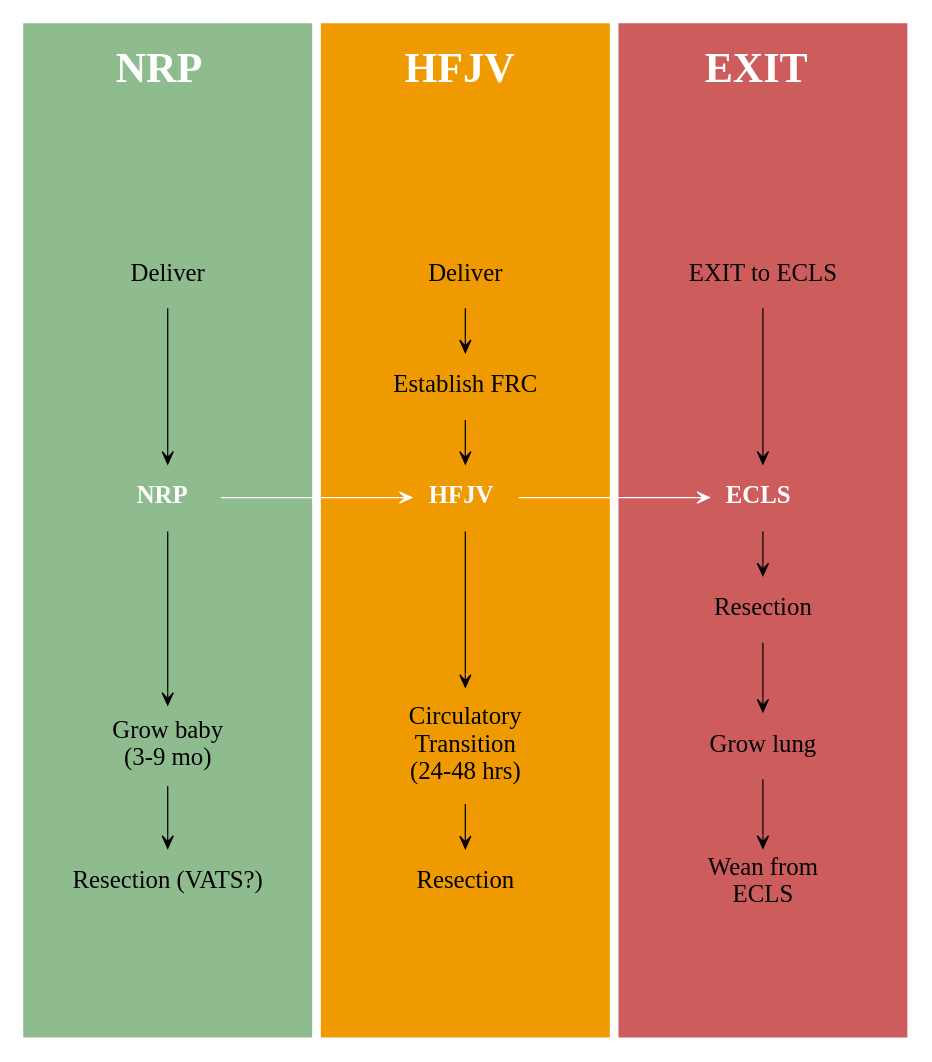
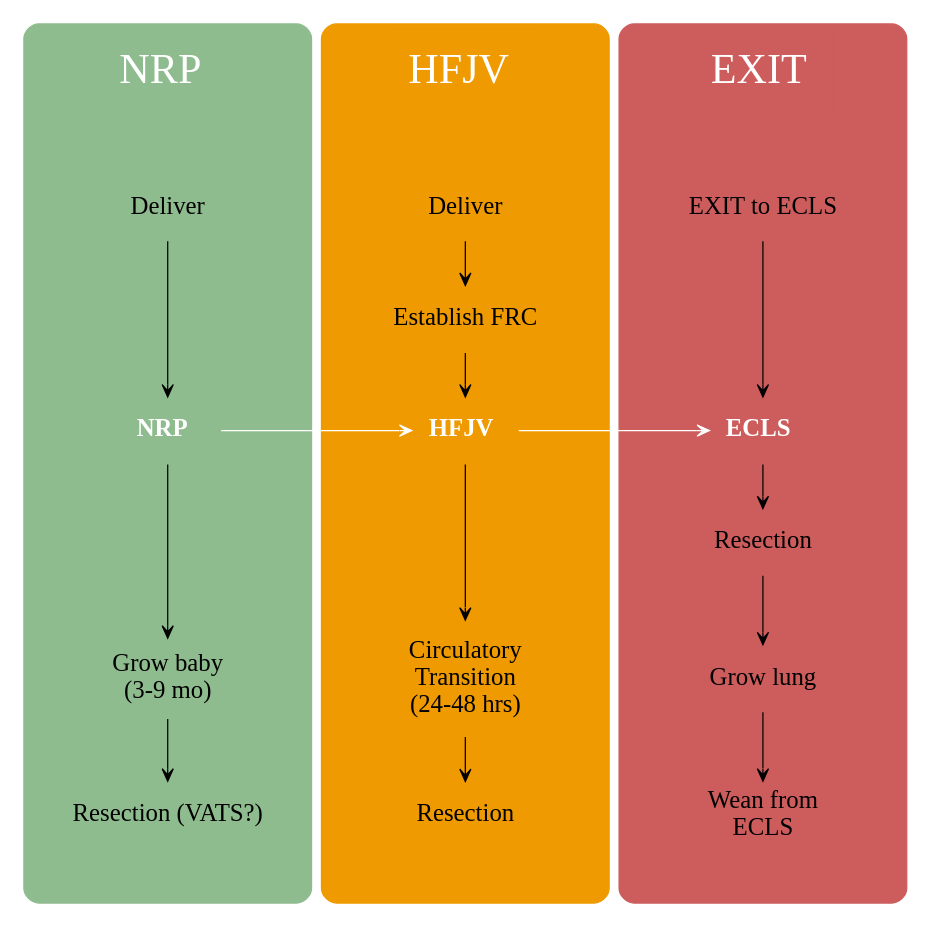
One commit to mdtsandman/CLO changed the diagram in postnatal-lanes.dot. Above: the diagram before and after it, drawn with Graphviz. The commit also changed 5 other files, not shown here.

```diff
--- a/postnatal-lanes.dot
+++ b/postnatal-lanes.dot
@@ -1,95 +1,89 @@
 digraph LungMass {
 
 newrank=true;
 rankdir=TB;
 compound=true;
 center=true;
 
 node [shape=none fixedsize=true width=3 height=0.75 fontsize=20];
 edge [arrowhead=vee];
 
 subgraph clusterNRP {
 
-	label=<
-		<TABLE CELLPADDING="12"><TR><TD><B>NRP</B></TD></TR></TABLE>
-	>;
+	label=<<TABLE CELLPADDING="12"><TR><TD>NRP</TD></TR></TABLE>>;
 	fontsize=34;
 	fontcolor="white";
-	
+	style=rounded;
 	color=darkseagreen;
 	bgcolor=darkseagreen;
 	
-	TopNRP [label="", shape=point, style=invis];
+	TopNRP [label="" shape=point height=0 style=invis];
 	StandardDelivery [label="Deliver"];
 	NRP [label=<<B>NRP</B>>, width=1.2, fontsize=20, fontcolor="white"];
 	Delay [label="Grow baby\n(3-9 mo)" height=0.9];
 	VATS [label="Resection (VATS?)"];
-	BottomNRP [label="", shape=point, style=invis];
+	BottomNRP [label="" shape=point height=0 style=invis];
 	
 	TopNRP -> StandardDelivery[style=invis];
 	StandardDelivery -> NRP -> Delay -> VATS
 	VATS -> BottomNRP[style=invis];
 
 }
 
 subgraph clusterHFJV {
 
-	label=<
-		<TABLE CELLPADDING="12"><TR><TD><B>HFJV</B></TD></TR></TABLE>
-	>;
+	label=<<TABLE CELLPADDING="12"><TR><TD>HFJV</TD></TR></TABLE>>;
 	fontsize=34;
 	fontcolor="white";
-
+	style=rounded;
 	color= orange2;
 	bgcolor= orange2;
 	
-	TopHFJV [label="", shape=point, style=invis];
+	TopHFJV [label="" shape=point height=0 style=invis];
 	Deliver [label="Deliver"];
 	FRC [label="Establish FRC"];
 	HFJV [label=<<B>HFJV</B>>, width=1.2, fontsize=20, fontcolor="white"];
 	Transition [label="Circulatory\nTransition\n(24-48 hrs)", height=1.3];
 	Resection [label="Resection"];
-	BottomHFJV [label="", shape=point, style=invis];
+	BottomHFJV [label="" shape=point height=0 style=invis];
 	
 	TopHFJV -> Deliver[style=invis];
 	Deliver -> FRC -> HFJV -> Transition -> Resection;
 	Resection -> BottomHFJV[style=invis];
 
 }
 
 subgraph clusterEXIT {
 
-	label=<
-		<TABLE CELLPADDING="12"><TR><TD><B>EXIT</B></TD></TR></TABLE>
-	>;
+	label=<<TABLE CELLPADDING="12"><TR><TD>EXIT</TD></TR></TABLE>>;
 	fontsize=34;
 	fontcolor="white";
-	
+	style=rounded;
 	color=indianred;
 	bgcolor=indianred;
 
-	TopEXIT [label="", shape=point, style=invis];
+	TopEXIT [label="" shape=point height=0 style=invis];
 	EXIT [label="EXIT to ECLS"];
 	ECMO [label=<<B>ECLS</B>>, width=1.2, fontsize=20, fontcolor=white];
 	Thoracotomy [label="Resection"];
 	Grow [label="Grow lung"];
 	Wean [label="Wean from\nECLS"];
-	BottomEXIT [label="", shape=point, style=invis];
+	BottomEXIT [label="" shape=point height=0 style=invis];
 
 	TopEXIT -> EXIT[style=invis];
 	EXIT -> ECMO -> Thoracotomy -> Grow -> Wean;
 	Wean -> BottomEXIT[style=invis];
 
 }
 
 { rank=same; TopNRP; TopHFJV; TopEXIT }
 TopNRP -> TopHFJV -> TopEXIT[style=invis];
 { rank=same; StandardDelivery; Deliver; EXIT }
 { rank=same; NRP; HFJV; ECMO };
 NRP -> HFJV -> ECMO [color=white];
 { rank=same; Delay; Transition; Grow}
 { rank=same; VATS; Resection; Wean }
 { rank=same; BottomNRP; BottomHFJV; BottomEXIT }
 BottomNRP -> BottomHFJV -> BottomEXIT [style=invis];
 
 }
```
